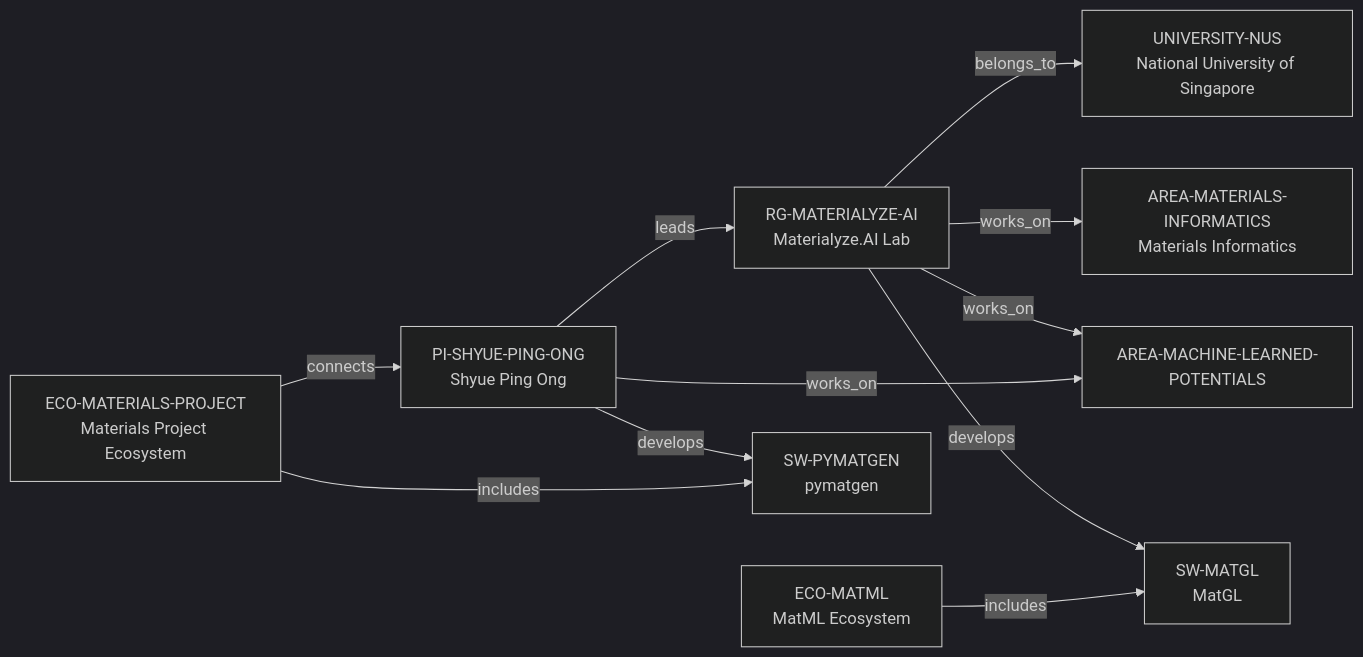
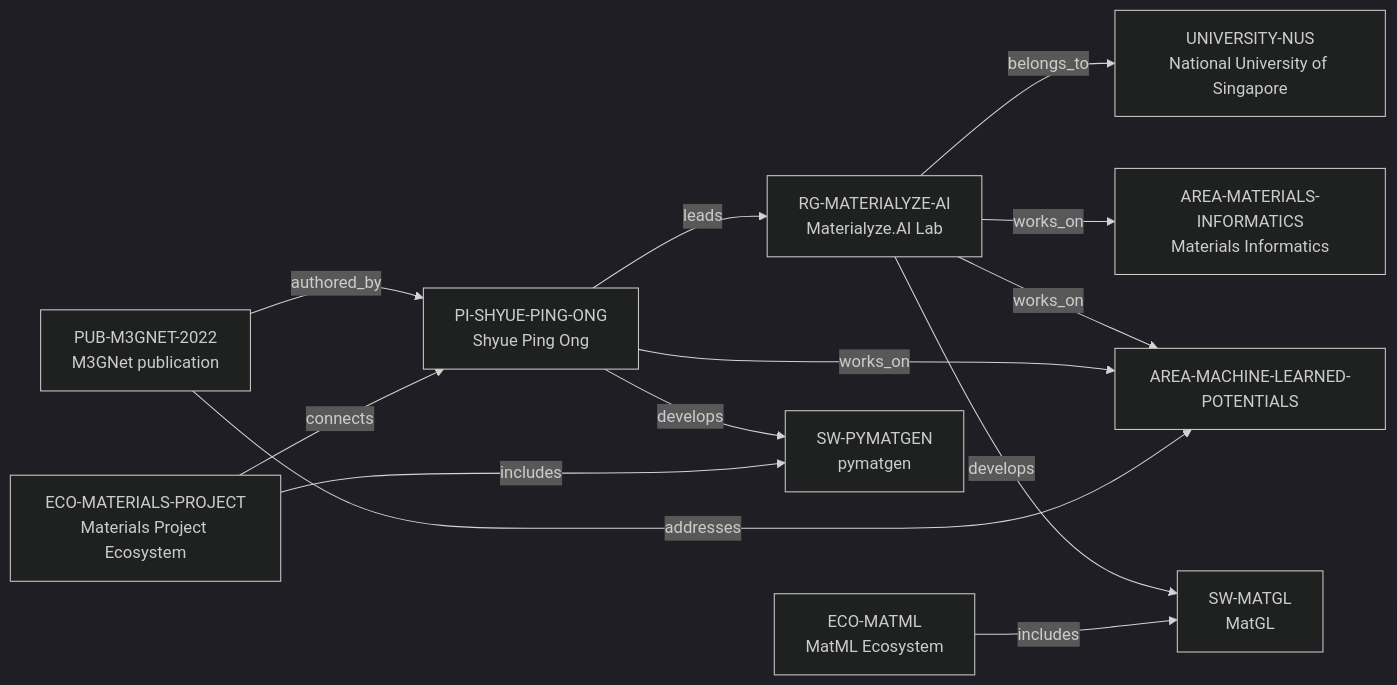
The diagram in docs/materialyze-ai-intelligence-vertical-slice.md (akin-oz/research-landscape), drawn with Mermaid (dark theme) before and after one commit. The commit also changed other lines of this file and 20 other files, not shown here.

Commit message:
feat: add M3GNet publication provenance

````diff
--- a/docs/materialyze-ai-intelligence-vertical-slice.md
+++ b/docs/materialyze-ai-intelligence-vertical-slice.md
@@ -24,13 +24,15 @@
 ```mermaid
 flowchart LR
   PI["PI-SHYUE-PING-ONG\nShyue Ping Ong"] -->|"leads"| RG["RG-MATERIALYZE-AI\nMaterialyze.AI Lab"]
   RG -->|"belongs_to"| UNI["UNIVERSITY-NUS\nNational University of Singapore"]
   RG -->|"works_on"| AREA["AREA-MATERIALS-INFORMATICS\nMaterials Informatics"]
   RG -->|"works_on"| MLP["AREA-MACHINE-LEARNED-POTENTIALS"]
   RG -->|"develops"| MATGL["SW-MATGL\nMatGL"]
   MATML["ECO-MATML\nMatML Ecosystem"] -->|"includes"| MATGL
   PI -->|"works_on"| MLP
+  PUB["PUB-M3GNET-2022\nM3GNet publication"] -->|"authored_by"| PI
+  PUB -->|"addresses"| MLP
   PI -->|"develops"| SW["SW-PYMATGEN\npymatgen"]
   ECO["ECO-MATERIALS-PROJECT\nMaterials Project Ecosystem"] -->|"connects"| PI
   ECO -->|"includes"| SW
 ```
````
